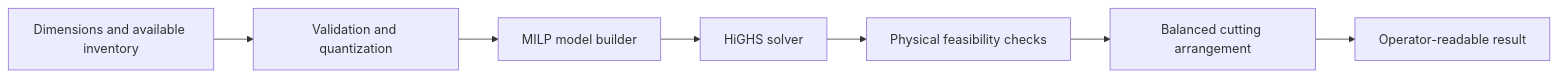
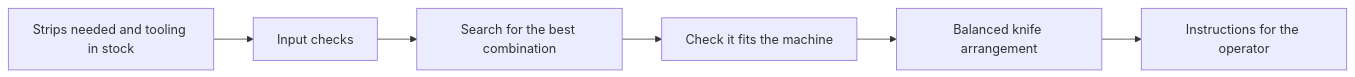
One commit to Sogli/shop-floor-tools changed the second of 2 diagrams in README.md. Above: the diagram before and after it, drawn with Mermaid. The commit also changed other lines of this file, not shown here.

````diff
--- a/README.md
+++ b/README.md
@@ -124,9 +129,8 @@
 ```mermaid
 flowchart LR
-    A["Dimensions and available inventory"] --> B["Validation and quantization"]
-    B --> C["MILP model builder"]
-    C --> D["HiGHS solver"]
-    D --> E["Physical feasibility checks"]
-    E --> F["Balanced cutting arrangement"]
-    F --> G["Operator-readable result"]
+    A["Strips needed and tooling in stock"] --> B["Input checks"]
+    B --> C["Search for the best combination"]
+    C --> D["Check it fits the machine"]
+    D --> E["Balanced knife arrangement"]
+    E --> F["Instructions for the operator"]
 ```
````
